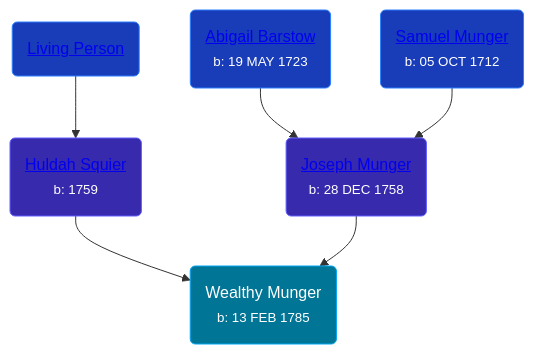
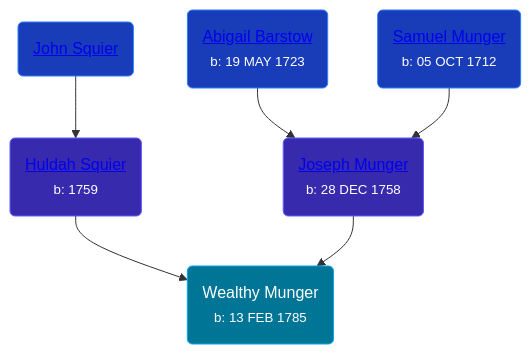
One commit to wpmgotkh/wpmgotkh.github.io changed the diagram in pages/people/3/31830663.md. Above: the diagram before and after it, drawn with Mermaid. The commit also changed 586 other files, not shown here.

Commit message:
feat: better shouldConsiderPersonLiving algo

````diff
--- a/pages/people/3/31830663.md
+++ b/pages/people/3/31830663.md
@@ -10,12 +10,12 @@
 ```mermaid
 graph
 classDef grands fill:#193cb8,stroke:#2b7fff,stroke-width:1px,color:#fff;
 classDef parents fill:#372aac,stroke:#615fff,stroke-width:1px,color:#fff;
 classDef primary fill:#007595,stroke:#00a6f4,stroke-width:1px,color:#fff;
 31830663(Wealthy Munger<br /><small>b: 13 FEB 1785</small>):::primary
 40449307(<a class="text-white" href="/people/4/40449307">Huldah Squier</a><br /><small>b: 1759</small>):::parents-->31830663
-35783343(<a class="text-white" href="/people/3/35783343">Living Person</a>):::grands-->40449307
+35783343(<a class="text-white" href="/people/3/35783343">John Squier</a>):::grands-->40449307
 48832802(<a class="text-white" href="/people/4/48832802">Joseph Munger</a><br /><small>b: 28 DEC 1758</small>):::parents-->31830663
 9488484(<a class="text-white" href="/people/9/9488484">Abigail Barstow</a><br /><small>b: 19 MAY 1723</small>):::grands-->48832802
 17676382(<a class="text-white" href="/people/1/17676382">Samuel Munger</a><br /><small>b: 05 OCT 1712</small>):::grands-->48832802
 ```
````
